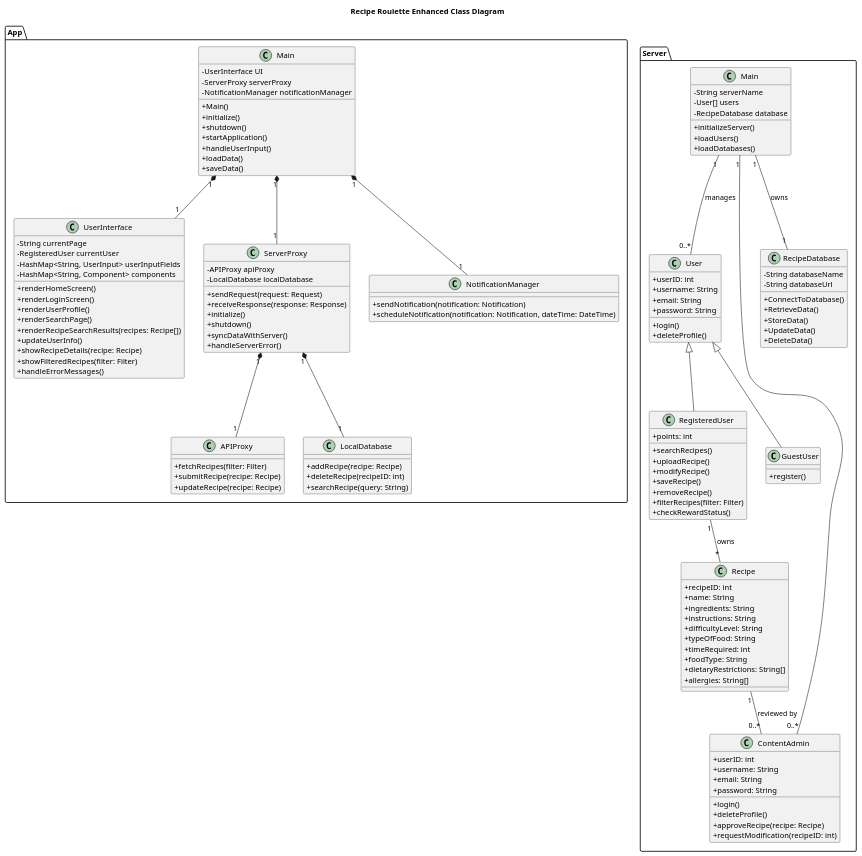
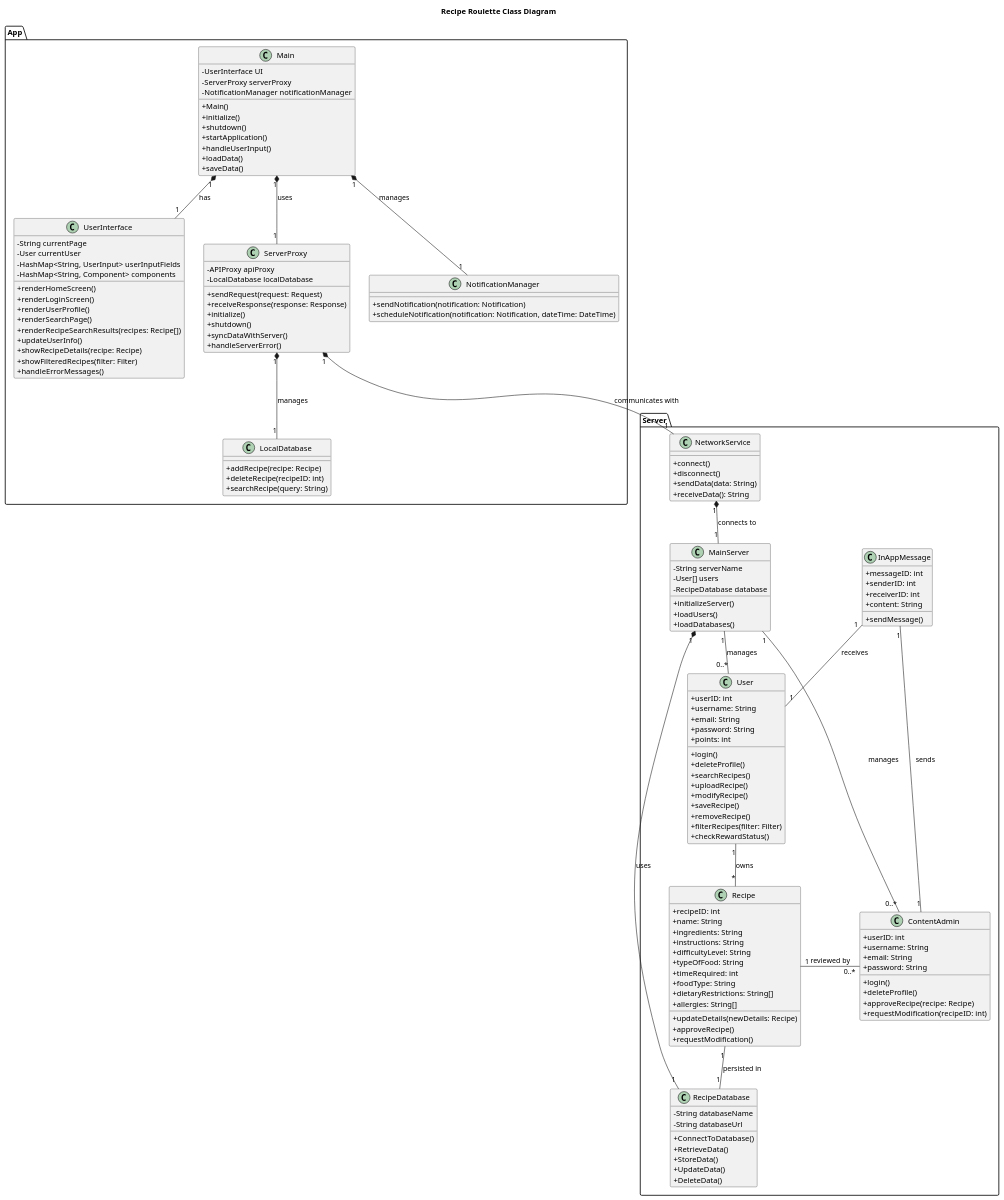
Before and after one commit to carmensat/RECIPE-ROULETTE: the diagram in DIAGRAMS/class_diagram.puml, drawn with PlantUML.

```diff
--- a/DIAGRAMS/class_diagram.puml
+++ b/DIAGRAMS/class_diagram.puml
@@ -1,147 +1,157 @@
 @startuml
 skinparam classAttributeIconSize 0
-Title: Recipe Roulette Enhanced Class Diagram
+Title: Recipe Roulette Class Diagram
 
 package "App" {
+
     class Main {
         - UserInterface UI
         - ServerProxy serverProxy
         - NotificationManager notificationManager
         +Main()
         +initialize()
         +shutdown()
         +startApplication()
         +handleUserInput()
         +loadData()
         +saveData()
     }
 
     class UserInterface {
         -String currentPage
-        -RegisteredUser currentUser
+        -User currentUser
         -HashMap<String, UserInput> userInputFields
         -HashMap<String, Component> components
-        +renderHomeScreen()
-        +renderLoginScreen()
-        +renderUserProfile()
-        +renderSearchPage()
-        +renderRecipeSearchResults(recipes: Recipe[])
-        +updateUserInfo()
-        +showRecipeDetails(recipe: Recipe)
-        +showFilteredRecipes(filter: Filter)
-        +handleErrorMessages()
+        + renderHomeScreen()
+        + renderLoginScreen()
+        + renderUserProfile()
+        + renderSearchPage()
+        + renderRecipeSearchResults(recipes: Recipe[])
+        + updateUserInfo()
+        + showRecipeDetails(recipe: Recipe)
+        + showFilteredRecipes(filter: Filter)
+        + handleErrorMessages()
     }
 
     class ServerProxy {
-        -APIProxy apiProxy
-        -LocalDatabase localDatabase
-        +sendRequest(request: Request)
-        +receiveResponse(response: Response)
-        +initialize()
-        +shutdown()
-        +syncDataWithServer()
-        +handleServerError()
+        - APIProxy apiProxy
+        - LocalDatabase localDatabase
+        + sendRequest(request: Request)
+        + receiveResponse(response: Response)
+        + initialize()
+        + shutdown()
+        + syncDataWithServer()
+        + handleServerError()
+    }
+
+
+    class LocalDatabase {
+        + addRecipe(recipe: Recipe)
+        + deleteRecipe(recipeID: int)
+        + searchRecipe(query: String)
     }
 
     class NotificationManager {
-        +sendNotification(notification: Notification)
-        +scheduleNotification(notification: Notification, dateTime: DateTime)
+        + sendNotification(notification: Notification)
+        + scheduleNotification(notification: Notification, dateTime: DateTime)
     }
 
-    class APIProxy {
-        +fetchRecipes(filter: Filter)
-        +submitRecipe(recipe: Recipe)
-        +updateRecipe(recipe: Recipe)
-    }
-
-    class LocalDatabase {
-        +addRecipe(recipe: Recipe)
-        +deleteRecipe(recipeID: int)
-        +searchRecipe(query: String)
-    }
-
-    Main "1" *-- "1" UserInterface
-    Main "1" *-- "1" ServerProxy
-    Main "1" *-- "1" NotificationManager
-    ServerProxy "1" *-- "1" APIProxy
-    ServerProxy "1" *-- "1" LocalDatabase
+    Main "1" *-- "1" UserInterface : "has"
+    Main "1" *-- "1" ServerProxy : "uses"
+    Main "1" *-- "1" NotificationManager : "manages"
+    ServerProxy "1" *-- "1" LocalDatabase : "manages"
 }
 
 package "Server" {
-    class Main {
+
+    class MainServer {
         -String serverName
         -User[] users
         -RecipeDatabase database
         +initializeServer()
         +loadUsers()
         +loadDatabases()
     }
 
     class User {
         +userID: int
         +username: String
         +email: String
         +password: String
+        +points: int
         +login()
         +deleteProfile()
-    }
-
-    class RegisteredUser {
-        +points: int
         +searchRecipes()
         +uploadRecipe()
         +modifyRecipe()
         +saveRecipe()
         +removeRecipe()
         +filterRecipes(filter: Filter)
         +checkRewardStatus()
     }
 
-    class GuestUser {
-        +register()
+    class Recipe {
+        +recipeID: int
+        +name: String
+        +ingredients: String
+        +instructions: String
+        +difficultyLevel: String
+        +typeOfFood: String
+        +timeRequired: int
+        +foodType: String
+        +dietaryRestrictions: String[]
+        +allergies: String[]
+        +updateDetails(newDetails: Recipe)
+        +approveRecipe()
+        +requestModification()
     }
 
     class ContentAdmin {
         +userID: int
         +username: String
         +email: String
         +password: String
         +login()
         +deleteProfile()
         +approveRecipe(recipe: Recipe)
         +requestModification(recipeID: int)
     }
 
-    class Recipe {
-        +recipeID: int
-        +name: String
-        +ingredients: String
-        +instructions: String
-        +difficultyLevel: String
-        +typeOfFood: String
-        +timeRequired: int
-        +foodType: String
-        +dietaryRestrictions: String[]
-        +allergies: String[]
+    class InAppMessage {
+        +messageID: int
+        +senderID: int
+        +receiverID: int
+        +content: String
+        +sendMessage()
     }
 
     class RecipeDatabase {
         -String databaseName
         -String databaseUrl
         +ConnectToDatabase()
         +RetrieveData()
         +StoreData()
         +UpdateData()
         +DeleteData()
     }
 
-    Main "1" -- "0..*" User : manages
-    Main "1" -- "0..*" ContentAdmin
-    Main "1" -- "1" RecipeDatabase : owns
-    User <|-- RegisteredUser
-    User <|-- GuestUser
-    RegisteredUser "1" -- "*" Recipe : owns
-    Recipe "1" -- "0..*" ContentAdmin : reviewed by
+    class NetworkService {
+        +connect()
+        +disconnect()
+        +sendData(data: String)
+        +receiveData(): String
+    }
+
+    MainServer "1" -- "0..*" User : "manages"
+    MainServer "1" -- "0..*" ContentAdmin : "manages"
+    User "1" -- "*" Recipe : "owns"
+    Recipe "1" -right- "0..*" ContentAdmin : "reviewed by"
+    Recipe "1" -- "1" RecipeDatabase : "persisted in"
+    InAppMessage "1" -- "1" ContentAdmin : "sends"
+    InAppMessage "1" -- "1" User : "receives"
+    MainServer "1" *-- "1" RecipeDatabase : "uses"
+    ServerProxy "1" *-- "1" NetworkService : "communicates with"
+    NetworkService "1" *-- "1" MainServer : "connects to"
 }
 
 @enduml
```
